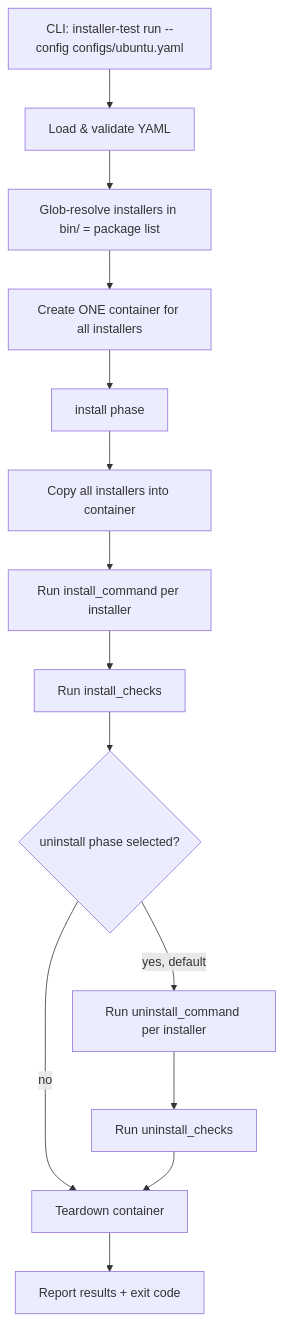
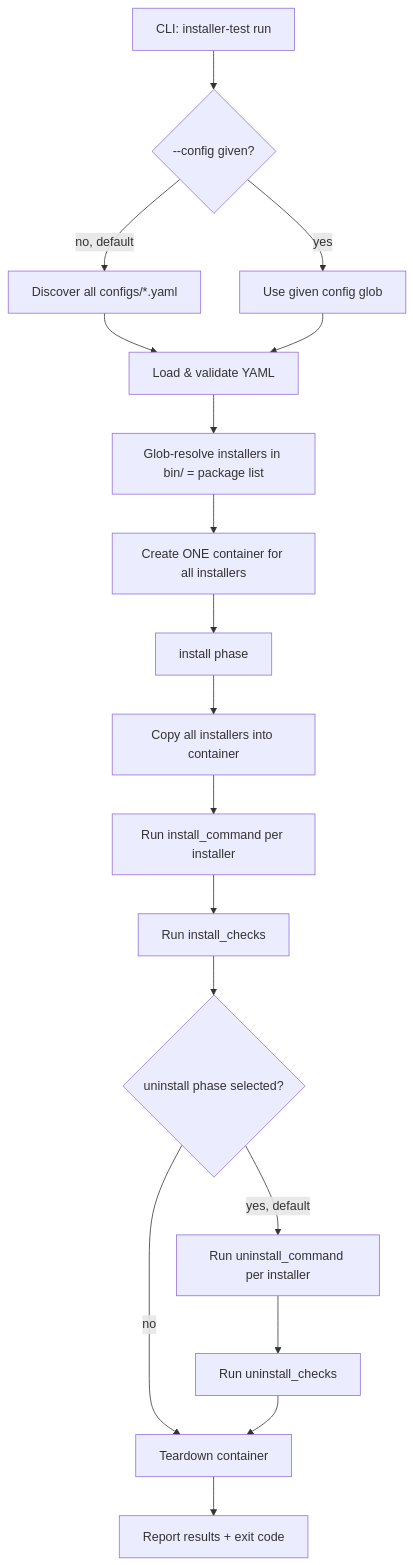
One commit to zukigit/installer-testing-auto changed the diagram in docs/installer-testing-tool-plan.md. Above: the diagram before and after it, drawn with Mermaid. The commit also changed other lines of this file, not shown here.

````diff
--- a/docs/installer-testing-tool-plan.md
+++ b/docs/installer-testing-tool-plan.md
@@ -177,16 +179,20 @@
 ```mermaid
 flowchart TD
-    A[CLI: installer-test run --config configs/ubuntu.yaml] --> B[Load & validate YAML]
+    A[CLI: installer-test run] --> A1{--config given?}
+    A1 -->|no, default| A2[Discover all configs/*.yaml]
+    A1 -->|yes| A3[Use given config glob]
+    A2 --> B[Load & validate YAML]
+    A3 --> B
     B --> C[Glob-resolve installers in bin/ = package list]
     C --> D[Create ONE container for all installers]
     D --> E[install phase]
     E --> E1[Copy all installers into container]
     E1 --> E2[Run install_command per installer]
     E2 --> E3[Run install_checks]
     E3 --> F{uninstall phase selected?}
     F -->|yes, default| G[Run uninstall_command per installer]
     G --> G1[Run uninstall_checks]
     F -->|no| H[Teardown container]
     G1 --> H
     H --> I[Report results + exit code]
 ```
````
